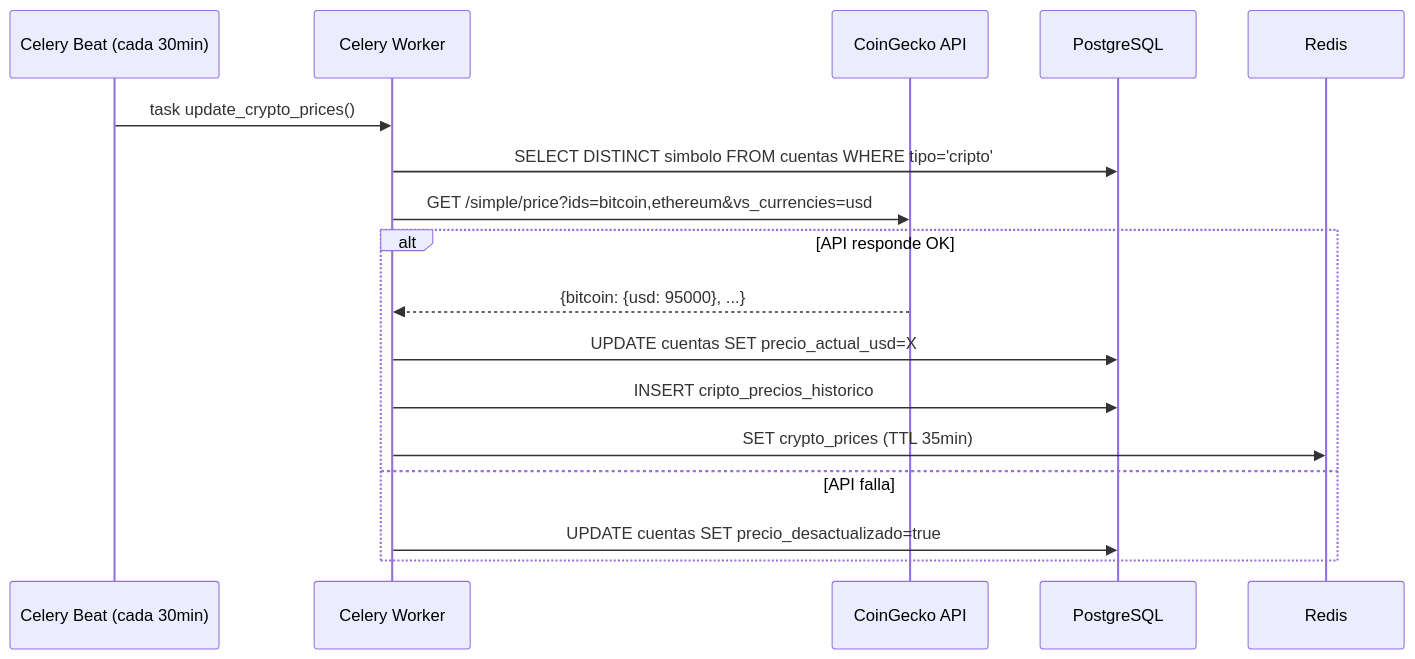
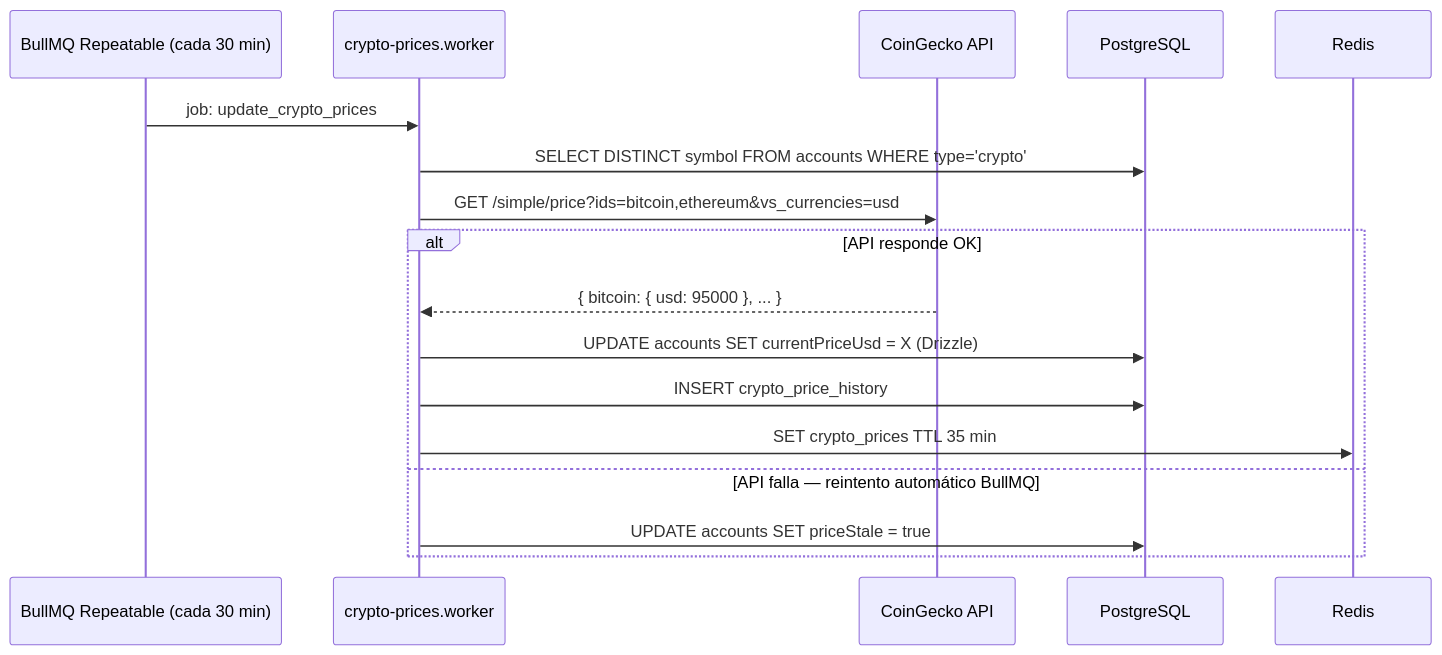
The fourth of 8 diagrams in arquitectura/data-flows.md (root-jeff/Sotang-Documentation), drawn with Mermaid before and after one commit. The commit also changed other lines of this file and 17 other files, not shown here.

````diff
--- a/arquitectura/data-flows.md
+++ b/arquitectura/data-flows.md
@@ -68,20 +71,20 @@
 ```mermaid
 sequenceDiagram
-    participant BEAT as Celery Beat (cada 30min)
-    participant WORKER as Celery Worker
+    participant SCHED as BullMQ Repeatable (cada 30 min)
+    participant WORKER as crypto-prices.worker
     participant GECKO as CoinGecko API
     participant DB as PostgreSQL
     participant CACHE as Redis
 
-    BEAT->>WORKER: task update_crypto_prices()
-    WORKER->>DB: SELECT DISTINCT simbolo FROM cuentas WHERE tipo='cripto'
+    SCHED->>WORKER: job: update_crypto_prices
+    WORKER->>DB: SELECT DISTINCT symbol FROM accounts WHERE type='crypto'
     WORKER->>GECKO: GET /simple/price?ids=bitcoin,ethereum&vs_currencies=usd
     alt API responde OK
-        GECKO-->>WORKER: {bitcoin: {usd: 95000}, ...}
-        WORKER->>DB: UPDATE cuentas SET precio_actual_usd=X
-        WORKER->>DB: INSERT cripto_precios_historico
-        WORKER->>CACHE: SET crypto_prices (TTL 35min)
-    else API falla
-        WORKER->>DB: UPDATE cuentas SET precio_desactualizado=true
+        GECKO-->>WORKER: { bitcoin: { usd: 95000 }, ... }
+        WORKER->>DB: UPDATE accounts SET currentPriceUsd = X (Drizzle)
+        WORKER->>DB: INSERT crypto_price_history
+        WORKER->>CACHE: SET crypto_prices TTL 35 min
+    else API falla — reintento automático BullMQ
+        WORKER->>DB: UPDATE accounts SET priceStale = true
     end
 ```
````
